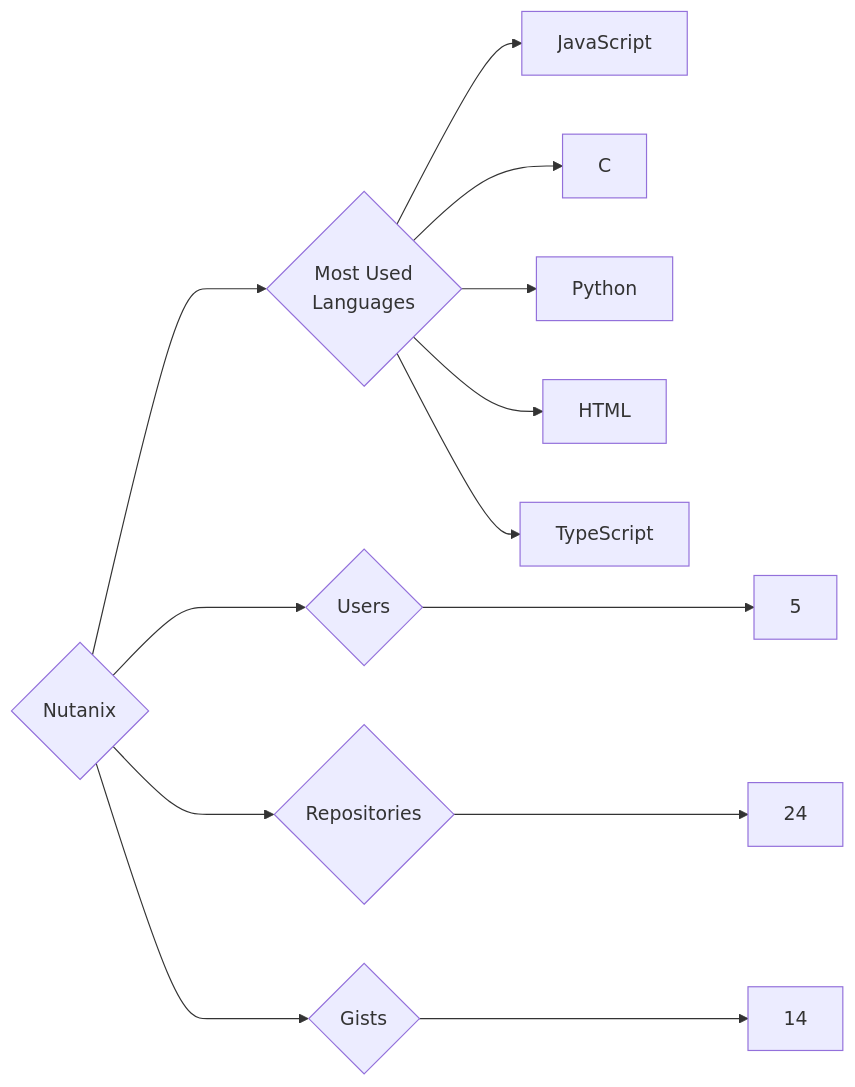
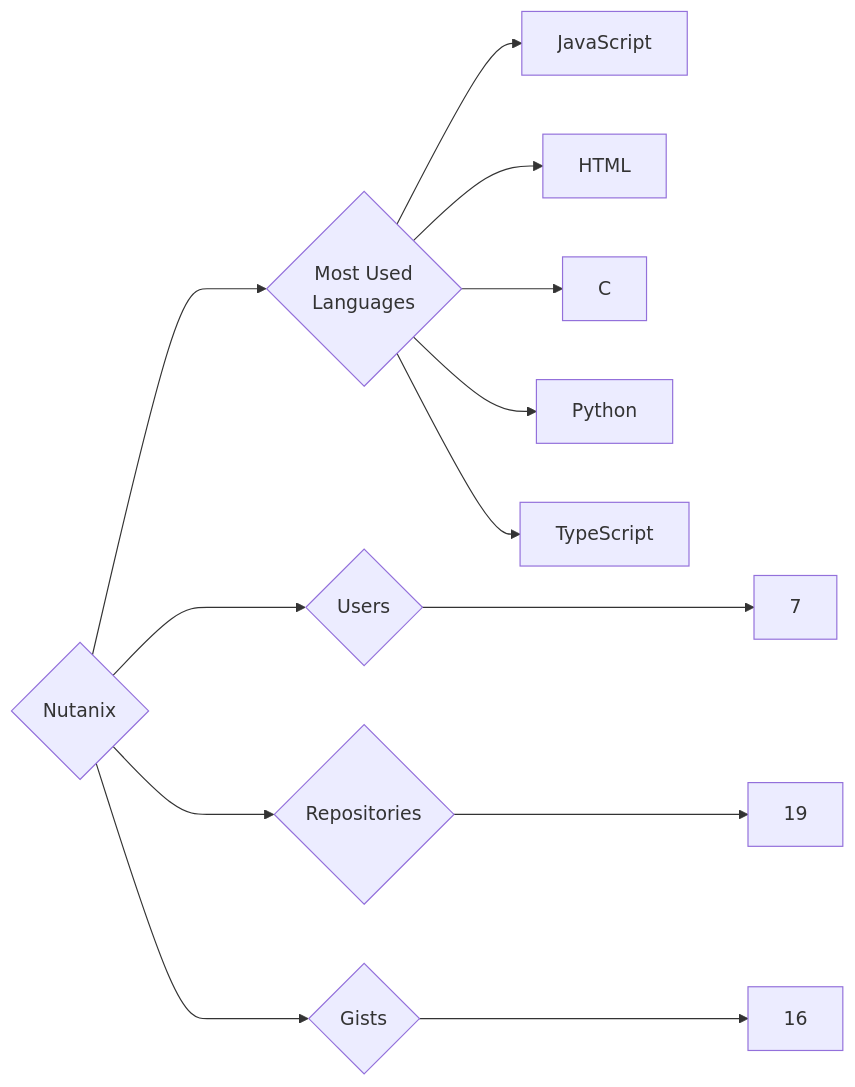
The diagram in targets/Nutanix/README.md (trickest/insiders), drawn with Mermaid before and after one commit. The commit also changed 695 other files, not shown here.

````diff
--- a/targets/Nutanix/README.md
+++ b/targets/Nutanix/README.md
@@ -3,13 +3,13 @@
 ```mermaid
 graph LR
 COMPANY_NAME{Nutanix}
-COMPANY_NAME ---> U{Users} ---> UN[5]
-COMPANY_NAME ---> R{Repositories} ---> RN[24]
-COMPANY_NAME ---> G{Gists} ---> GN[14]
+COMPANY_NAME ---> U{Users} ---> UN[7]
+COMPANY_NAME ---> R{Repositories} ---> RN[19]
+COMPANY_NAME ---> G{Gists} ---> GN[16]
 COMPANY_NAME ---> ML{Most Used<br>Languages}
 ML --> JavaScript[JavaScript]
+ML --> HTML[HTML]
 ML --> C[C]
 ML --> Python[Python]
-ML --> HTML[HTML]
 ML --> TypeScript[TypeScript]
 ```
````
